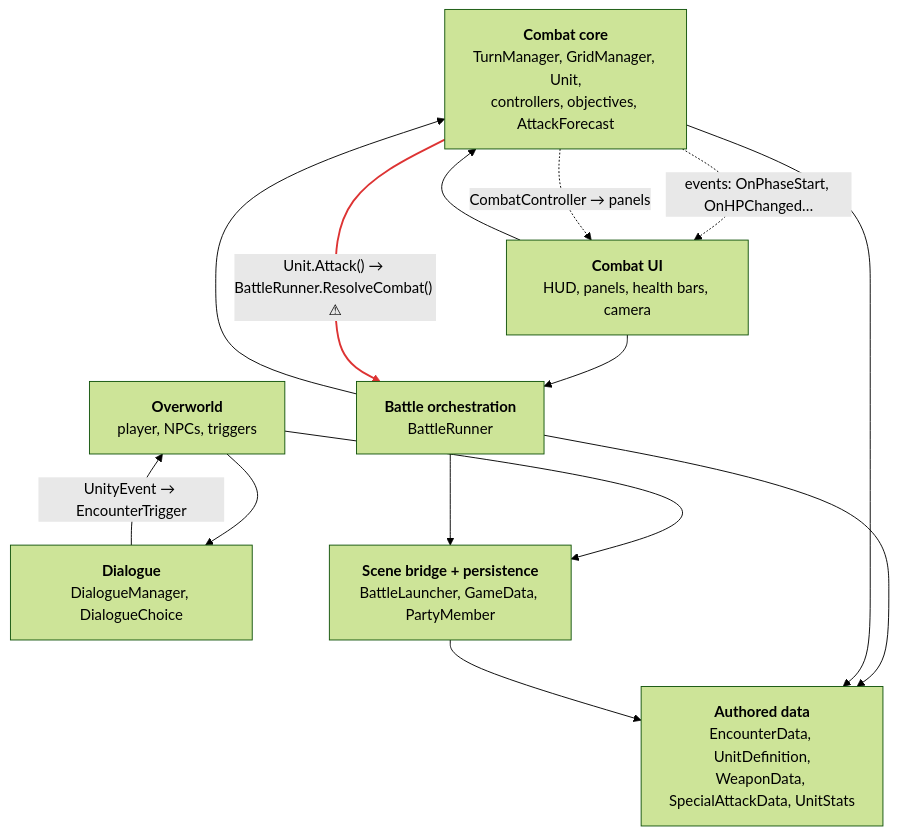
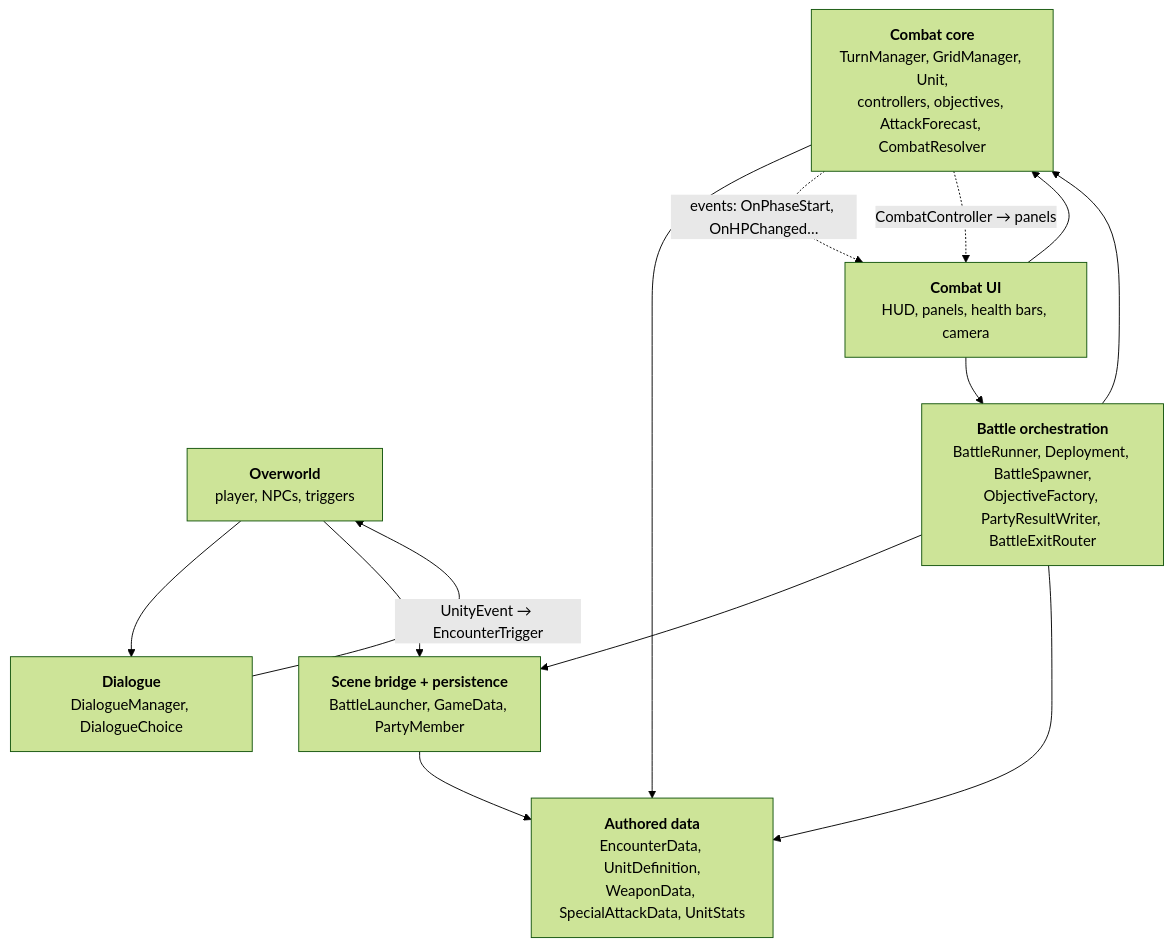
One commit to Ampherost/VerdantVenture changed the diagram in docs/uml/01-architecture-overview.md. Above: the diagram before and after it, drawn with Mermaid (forest theme). The commit also changed other lines of this file and 6 other files, not shown here.

Commit message:
docs: document focused battle orchestration and combat resolver

````diff
--- a/docs/uml/01-architecture-overview.md
+++ b/docs/uml/01-architecture-overview.md
@@ -7,26 +7,24 @@
 ```mermaid
 flowchart TB
     OW["<b>Overworld</b><br/>player, NPCs, triggers"]
     DLG["<b>Dialogue</b><br/>DialogueManager, DialogueChoice"]
     BRG["<b>Scene bridge + persistence</b><br/>BattleLauncher, GameData, PartyMember"]
-    CMB["<b>Combat core</b><br/>TurnManager, GridManager, Unit,<br/>controllers, objectives, AttackForecast"]
-    ORC["<b>Battle orchestration</b><br/>BattleRunner"]
+    CMB["<b>Combat core</b><br/>TurnManager, GridManager, Unit,<br/>controllers, objectives, AttackForecast, CombatResolver"]
+    ORC["<b>Battle orchestration</b><br/>BattleRunner, Deployment, BattleSpawner,<br/>ObjectiveFactory, PartyResultWriter, BattleExitRouter"]
     UI["<b>Combat UI</b><br/>HUD, panels, health bars, camera"]
     DATA["<b>Authored data</b><br/>EncounterData, UnitDefinition,<br/>WeaponData, SpecialAttackData, UnitStats"]
 
     OW --> DLG
     DLG -- "UnityEvent → EncounterTrigger" --> OW
     OW --> BRG
     ORC --> BRG
     ORC --> CMB
     ORC --> DATA
     CMB --> DATA
     BRG --> DATA
     UI --> CMB
     UI --> ORC
     CMB -. "events: OnPhaseStart, OnHPChanged…" .-> UI
     CMB -. "CombatController → panels" .-> UI
-    CMB == "Unit.Attack() → BattleRunner.ResolveCombat() ⚠" ==> ORC
 
-    linkStyle 12 stroke:#d33,stroke-width:2px;
 ```
````
